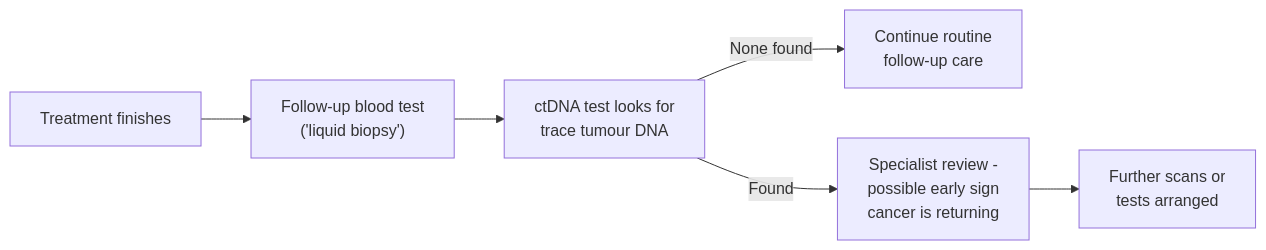
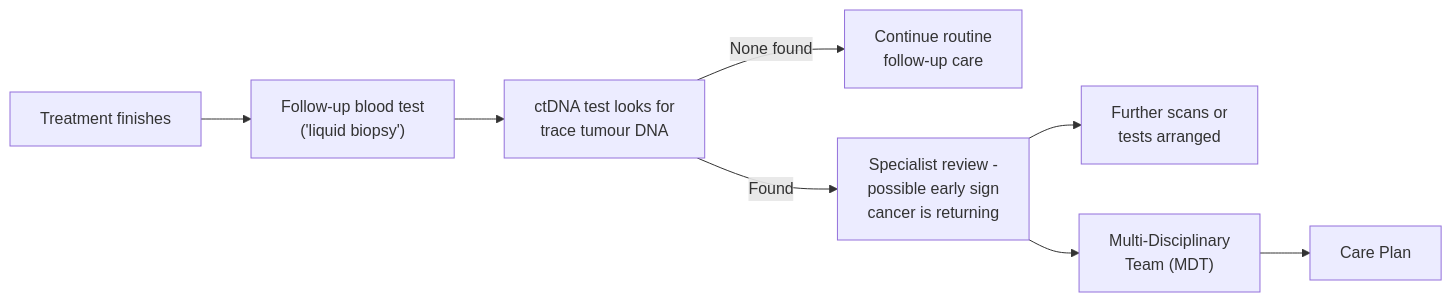
One commit to nw-gmsa/nw-gmsa.github.com changed the fifth of 5 diagrams in input/pagecontent/CancerNOS.md. Above: the diagram before and after it, drawn with Mermaid. The commit also changed other lines of this file, not shown here.

````diff
--- a/input/pagecontent/CancerNOS.md
+++ b/input/pagecontent/CancerNOS.md
@@ -167,8 +200,10 @@
 ```mermaid
 flowchart LR
     A["Treatment finishes"] --> B["Follow-up blood test<br/>('liquid biopsy')"]
     B --> C["ctDNA test looks for<br/>trace tumour DNA"]
     C -->|"None found"| D["Continue routine<br/>follow-up care"]
     C -->|"Found"| E["Specialist review -<br/>possible early sign<br/>cancer is returning"]
     E --> F["Further scans or<br/>tests arranged"]
+    E --> MDT["Multi-Disciplinary<br/>Team (MDT)"]
+    MDT --> Plan["Care Plan"]
 ```
````
